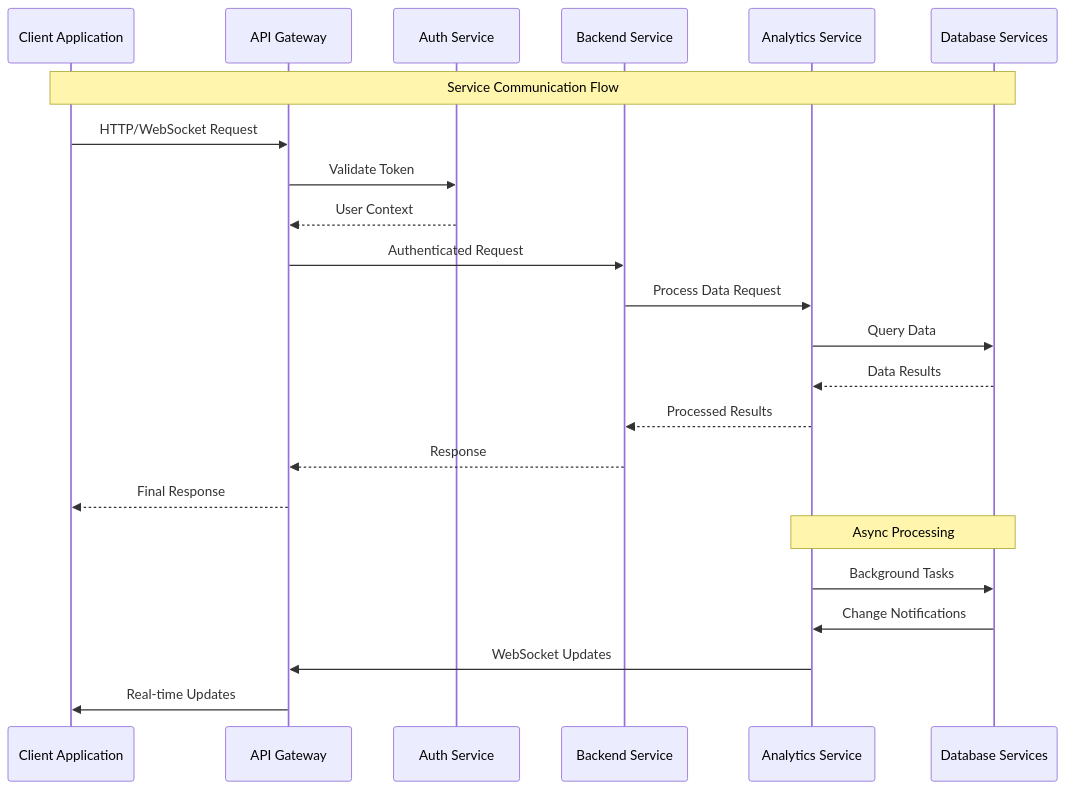
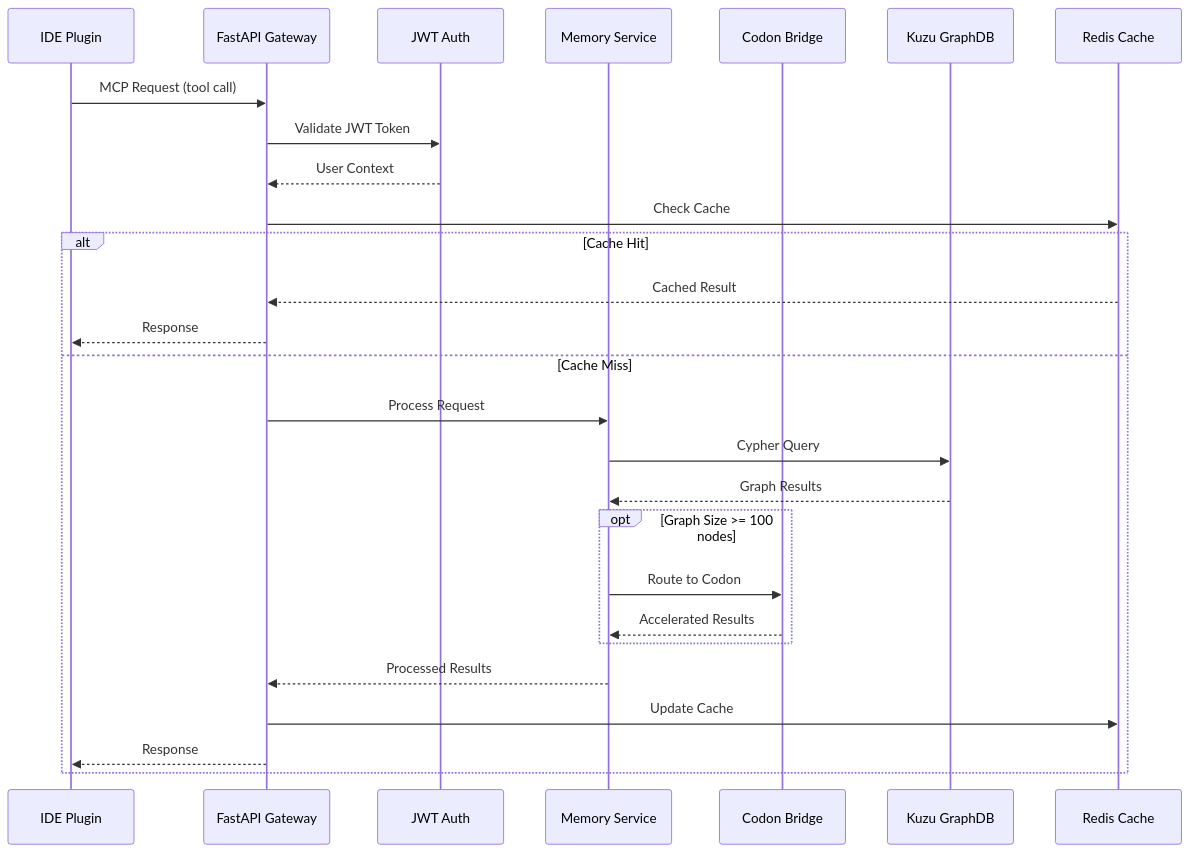
One commit to elementalcollision/GraphMemory-IDE changed the second of 6 diagrams in docs/architecture/ARCHITECTURE_OVERVIEW.md. Above: the diagram before and after it, drawn with Mermaid. The commit also changed other lines of this file, not shown here.

First line of the commit message:
Rebuild architecture overview with accurate Mermaid diagrams

````diff
--- a/docs/architecture/ARCHITECTURE_OVERVIEW.md
+++ b/docs/architecture/ARCHITECTURE_OVERVIEW.md
@@ -195,30 +116,33 @@
 ```mermaid
 sequenceDiagram
-    participant Client as Client Application
-    participant Gateway as API Gateway
-    participant Auth as Auth Service
-    participant Backend as Backend Service
-    participant Analytics as Analytics Service
-    participant DB as Database Services
+    participant IDE as IDE Plugin
+    participant GW as FastAPI Gateway
+    participant AUTH as JWT Auth
+    participant MEM as Memory Service
+    participant BRIDGE as Codon Bridge
+    participant KUZU as Kuzu GraphDB
+    participant REDIS as Redis Cache
 
-    Note over Client, DB: Service Communication Flow
+    IDE->>GW: MCP Request (tool call)
+    GW->>AUTH: Validate JWT Token
+    AUTH-->>GW: User Context
 
-    Client->>Gateway: HTTP/WebSocket Request
-    Gateway->>Auth: Validate Token
-    Auth-->>Gateway: User Context
-    Gateway->>Backend: Authenticated Request
-    
-    Backend->>Analytics: Process Data Request
-    Analytics->>DB: Query Data
-    DB-->>Analytics: Data Results
-    Analytics-->>Backend: Processed Results
-    
-    Backend-->>Gateway: Response
-    Gateway-->>Client: Final Response
-    
-    Note over Analytics, DB: Async Processing
-    Analytics->>DB: Background Tasks
-    DB->>Analytics: Change Notifications
-    Analytics->>Gateway: WebSocket Updates
-    Gateway->>Client: Real-time Updates
+    GW->>REDIS: Check Cache
+    alt Cache Hit
+        REDIS-->>GW: Cached Result
+        GW-->>IDE: Response
+    else Cache Miss
+        GW->>MEM: Process Request
+        MEM->>KUZU: Cypher Query
+        KUZU-->>MEM: Graph Results
+
+        opt Graph Size >= 100 nodes
+            MEM->>BRIDGE: Route to Codon
+            BRIDGE-->>MEM: Accelerated Results
+        end
+
+        MEM-->>GW: Processed Results
+        GW->>REDIS: Update Cache
+        GW-->>IDE: Response
+    end
 ```
````
